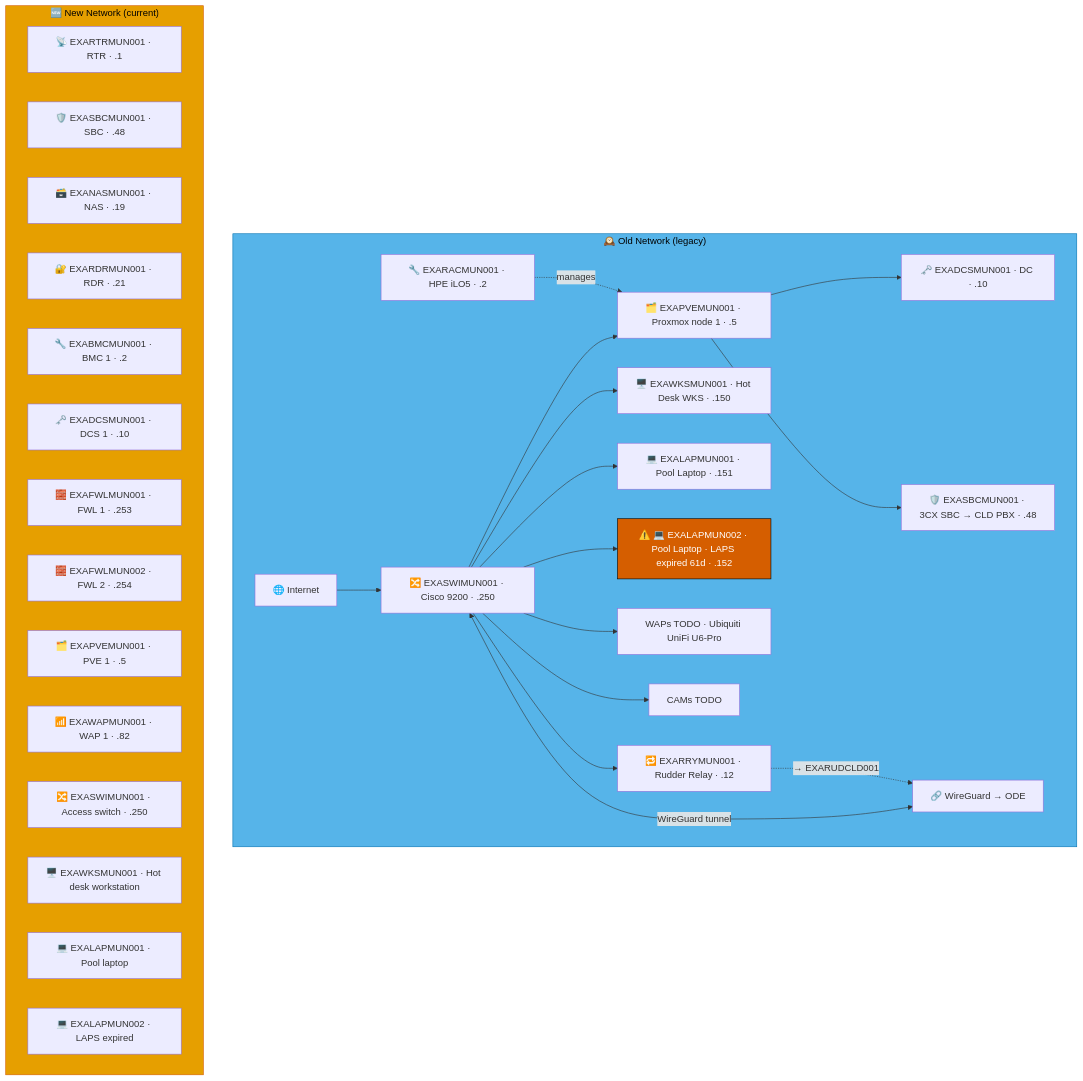
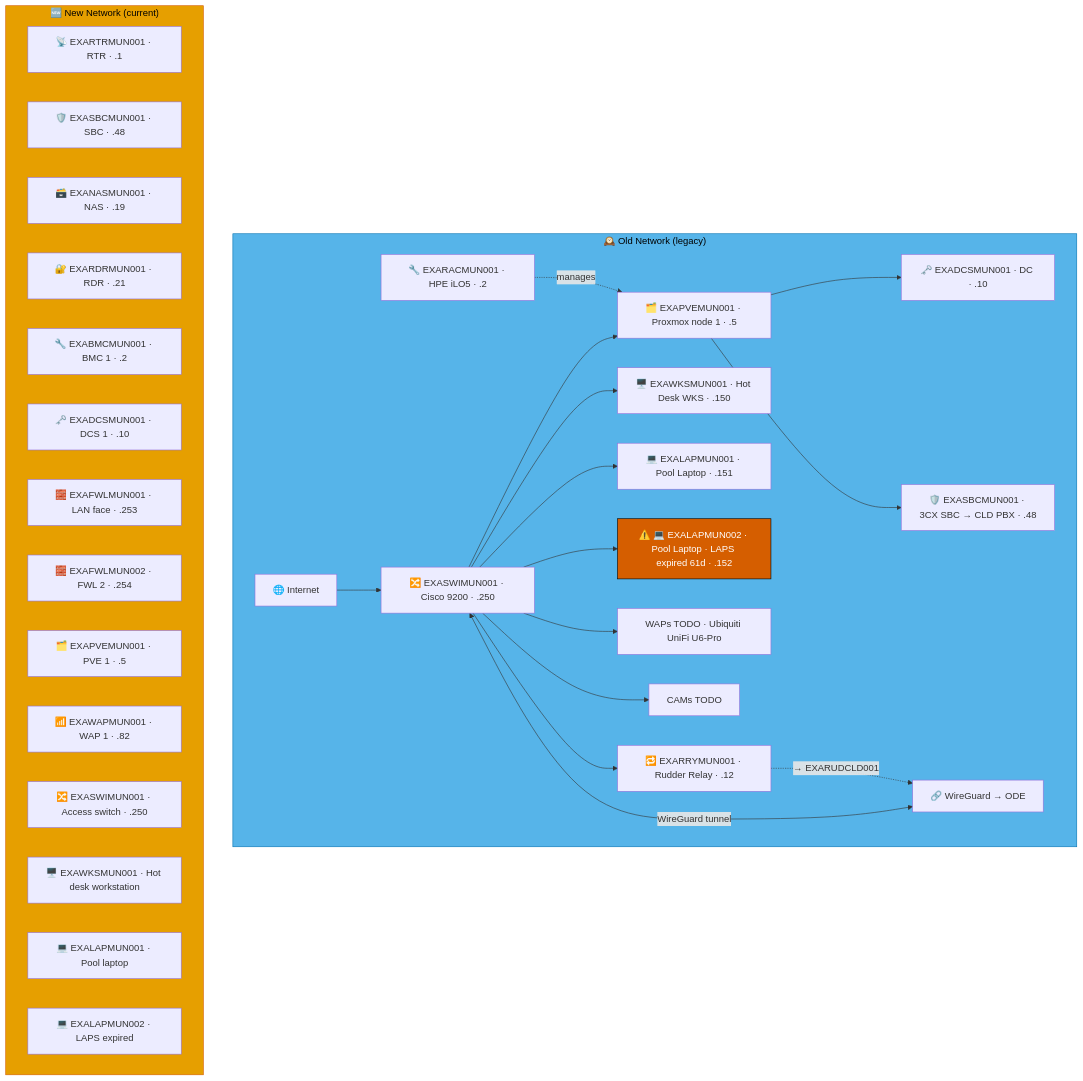
The third of 5 diagrams in docs/network-diagram/deutschland.md (knightmare2600/example_music_infra), drawn with Mermaid before and after one commit. The commit also changed other lines of this file and 17 other files, not shown here.

````diff
--- a/docs/network-diagram/deutschland.md
+++ b/docs/network-diagram/deutschland.md
@@ -132,49 +132,49 @@
 ```mermaid
 graph TD
     subgraph OLD_MUN ["🕰️ Old Network (legacy)"]
       INET["🌐 Internet"]
       SW["🔀 EXASWIMUN001 · Cisco 9200 · .250"]
       RAC["🔧 EXARACMUN001 · HPE iLO5 · .2"]
       PVE["🗂️ EXAPVEMUN001 · Proxmox node 1 · .5"]
       DC["🗝️ EXADCSMUN001 · DC · .10"]
       SBC["🛡️ EXASBCMUN001 · 3CX SBC → CLD PBX · .48"]
       RRY["🔁 EXARRYMUN001 · Rudder Relay · .12"]
       WKS["🖥️ EXAWKSMUN001 · Hot Desk WKS · .150"]
       LAP1["💻 EXALAPMUN001 · Pool Laptop · .151"]
       LAP2["⚠️ 💻 EXALAPMUN002 · Pool Laptop · LAPS expired 61d · .152"]
       WAP["WAPs TODO · Ubiquiti UniFi U6-Pro"]
       CAM["CAMs TODO"]
       VPN["🔗 WireGuard → ODE"]
 
       INET --> SW
       SW --> PVE --> DC & SBC
       RAC -.->|"manages"| PVE
       SW --> WKS & LAP1 & LAP2 & WAP & CAM
       SW <-->|"WireGuard tunnel"| VPN
 
       SW --> RRY
       RRY -. "→ EXARUDCLD001" .-> VPN
     end
     style OLD_MUN fill:#56B4E9,stroke:#0072B2,color:#000000
     %% GENERATED:NEW-NETWORK:MUN:START
     subgraph NEW_MUN ["🆕 New Network (current)"]
       N_RTR["📡 EXARTRMUN001 · RTR · .1"]
       N_SBC["🛡️ EXASBCMUN001 · SBC · .48"]
       N_NAS["🗃️ EXANASMUN001 · NAS · .19"]
       N_RDR["🔐 EXARDRMUN001 · RDR · .21"]
       N_BMC["🔧 EXABMCMUN001 · BMC 1 · .2"]
       N_DCS["🗝️ EXADCSMUN001 · DCS 1 · .10"]
-      N_FWL["🧱 EXAFWLMUN001 · FWL 1 · .253"]
+      N_FWL["🧱 EXAFWLMUN001 · LAN face · .253"]
       N_FWL2["🧱 EXAFWLMUN002 · FWL 2 · .254"]
       N_PVE["🗂️ EXAPVEMUN001 · PVE 1 · .5"]
       N_WAP["📶 EXAWAPMUN001 · WAP 1 · .82"]
       N_SWI["🔀 EXASWIMUN001 · Access switch · .250"]
       N_WKS["🖥️ EXAWKSMUN001 · Hot desk workstation"]
       N_LAP["💻 EXALAPMUN001 · Pool laptop"]
       N_LAP2["💻 EXALAPMUN002 · LAPS expired"]
     end
     style NEW_MUN fill:#E69F00,stroke:#D55E00,color:#000000
     %% GENERATED:NEW-NETWORK:MUN:END
     classDef warn fill:#D55E00,stroke:#000000,color:#ffffff
     class LAP2 warn
 ```
````
